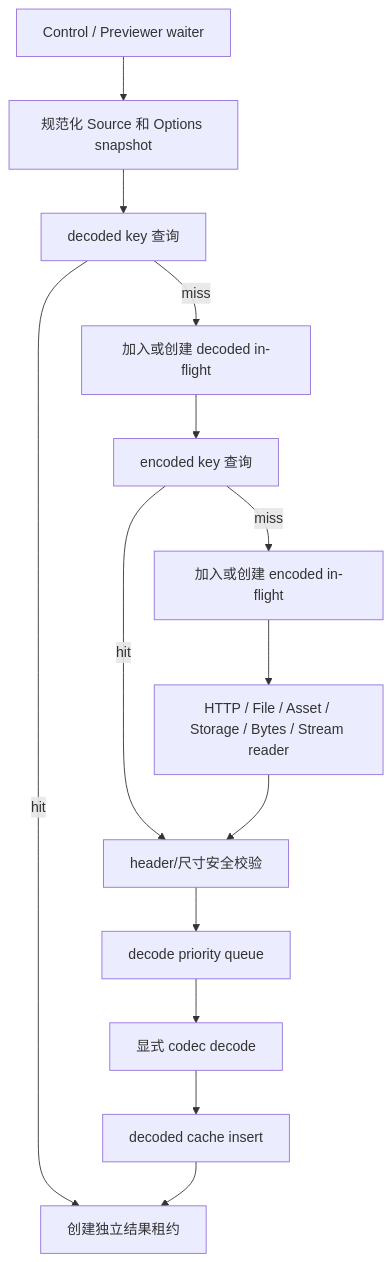
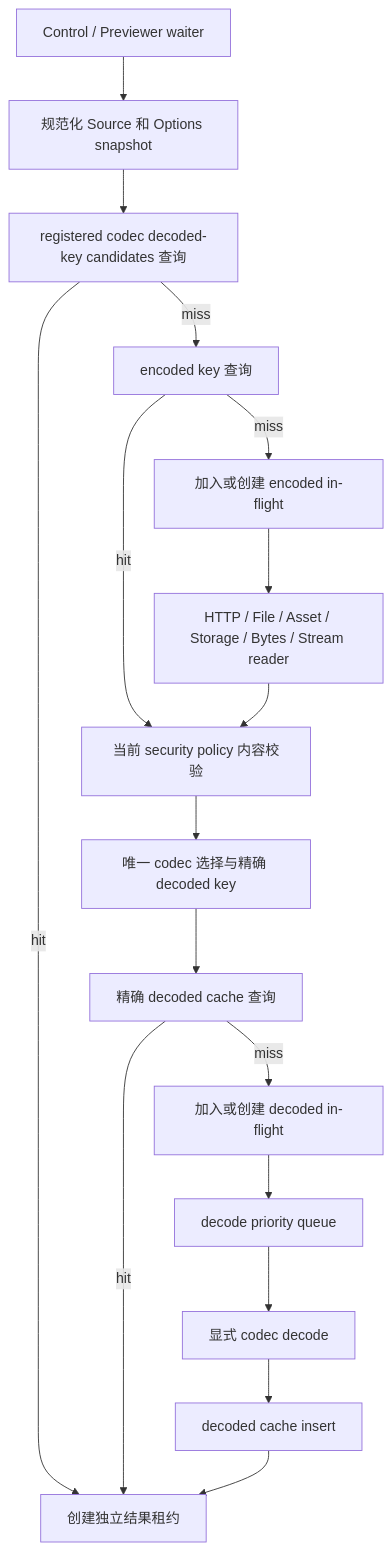
The diagram in docs/architecture/systems/image-loading/pipeline-and-lifecycle.md (chinware/AtomUI), drawn with Mermaid before and after one commit. The commit also changed other lines of this file and 53 other files, not shown here.

````diff
--- a/docs/architecture/systems/image-loading/pipeline-and-lifecycle.md
+++ b/docs/architecture/systems/image-loading/pipeline-and-lifecycle.md
@@ -115,16 +124,19 @@
 ```mermaid
 flowchart TD
     Control["Control / Previewer waiter"] --> Normalize["规范化 Source 和 Options snapshot"]
-    Normalize --> DecodedLookup["decoded key 查询"]
-    DecodedLookup -->|hit| Lease["创建独立结果租约"]
-    DecodedLookup -->|miss| DecodedJoin["加入或创建 decoded in-flight"]
-    DecodedJoin --> EncodedLookup["encoded key 查询"]
-    EncodedLookup -->|hit| Validate["header/尺寸安全校验"]
+    Normalize --> CandidateLookup["registered codec decoded-key candidates 查询"]
+    CandidateLookup -->|hit| Lease["创建独立结果租约"]
+    CandidateLookup -->|miss| EncodedLookup["encoded key 查询"]
+    EncodedLookup -->|hit| Validate["当前 security policy 内容校验"]
     EncodedLookup -->|miss| EncodedJoin["加入或创建 encoded in-flight"]
     EncodedJoin --> Read["HTTP / File / Asset / Storage / Bytes / Stream reader"]
     Read --> Validate
-    Validate --> DecodeQueue["decode priority queue"]
+    Validate --> CodecSelect["唯一 codec 选择与精确 decoded key"]
+    CodecSelect --> DecodedLookup["精确 decoded cache 查询"]
+    DecodedLookup -->|hit| Lease
+    DecodedLookup -->|miss| DecodedJoin["加入或创建 decoded in-flight"]
+    DecodedJoin --> DecodeQueue["decode priority queue"]
     DecodeQueue --> Codec["显式 codec decode"]
     Codec --> Insert["decoded cache insert"]
     Insert --> Lease
 ```
````
